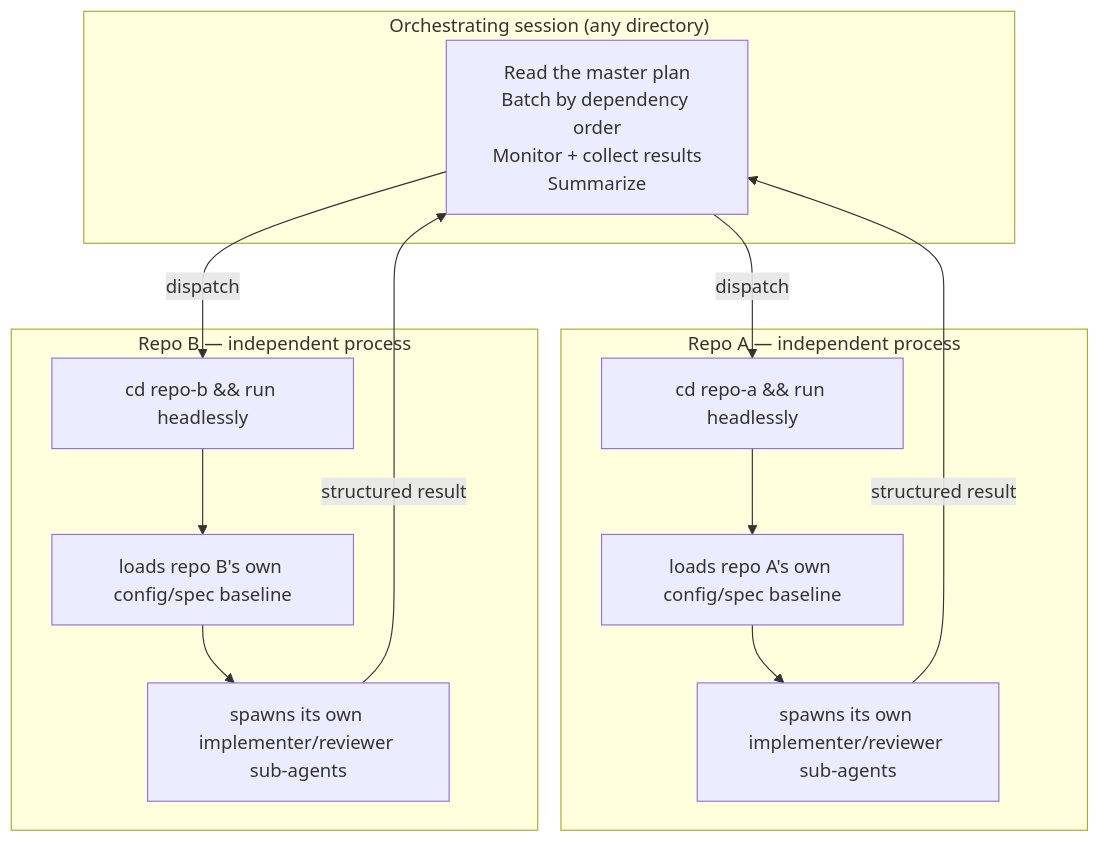
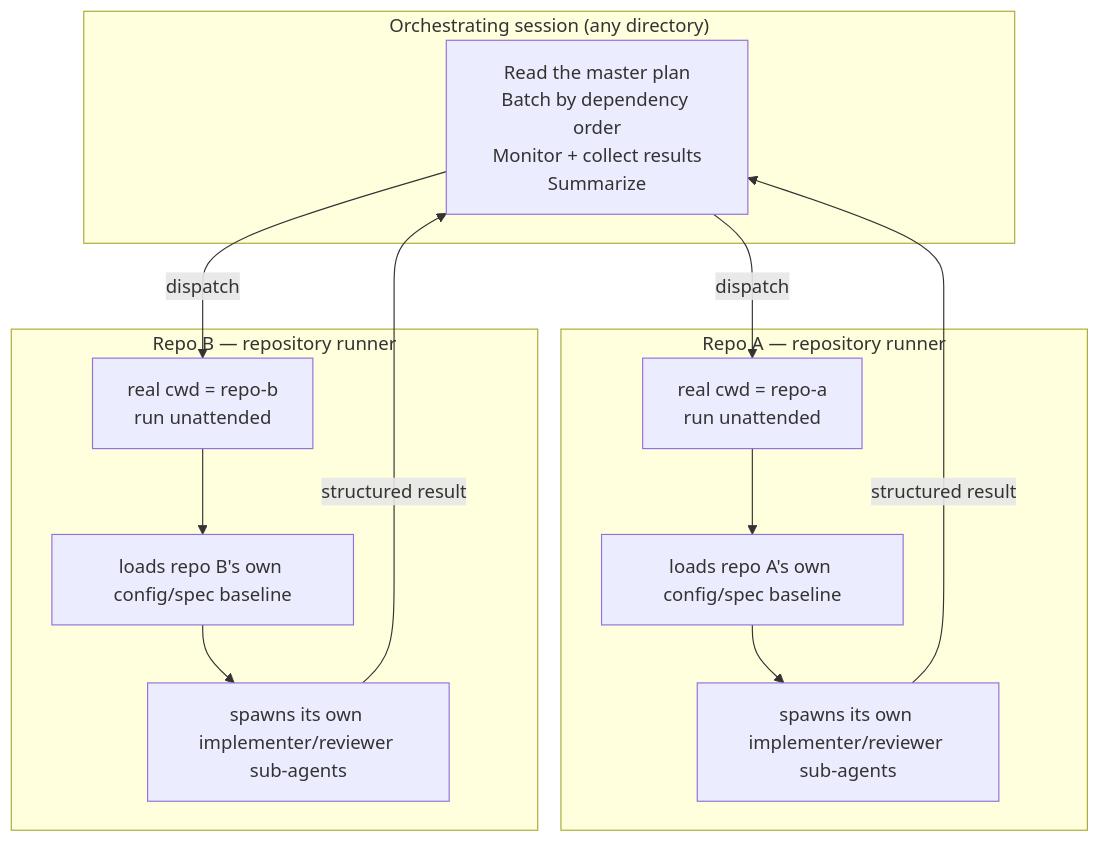
Before and after one commit to lbk-open/super-spec: the second of 2 diagrams in docs/worktree-and-multi-repo.md, drawn with Mermaid. The commit also changed other lines of this file and 14 other files, not shown here.

````diff
--- a/docs/worktree-and-multi-repo.md
+++ b/docs/worktree-and-multi-repo.md
@@ -129,22 +129,22 @@
 ```mermaid
 flowchart TB
     subgraph orch["Orchestrating session (any directory)"]
         O["Read the master plan\nBatch by dependency order\nMonitor + collect results\nSummarize"]
     end
-    subgraph repoA["Repo A — independent process"]
-        A1["cd repo-a && run headlessly"]
+    subgraph repoA["Repo A — repository runner"]
+        A1["real cwd = repo-a\nrun unattended"]
         A2["loads repo A's own config/spec baseline"]
         A3["spawns its own implementer/reviewer sub-agents"]
     end
-    subgraph repoB["Repo B — independent process"]
-        B1["cd repo-b && run headlessly"]
+    subgraph repoB["Repo B — repository runner"]
+        B1["real cwd = repo-b\nrun unattended"]
         B2["loads repo B's own config/spec baseline"]
         B3["spawns its own implementer/reviewer sub-agents"]
     end
     O -->|"dispatch"| A1
     O -->|"dispatch"| B1
     A1 --> A2 --> A3
     B1 --> B2 --> B3
     A3 -->|"structured result"| O
     B3 -->|"structured result"| O
 ```
````
